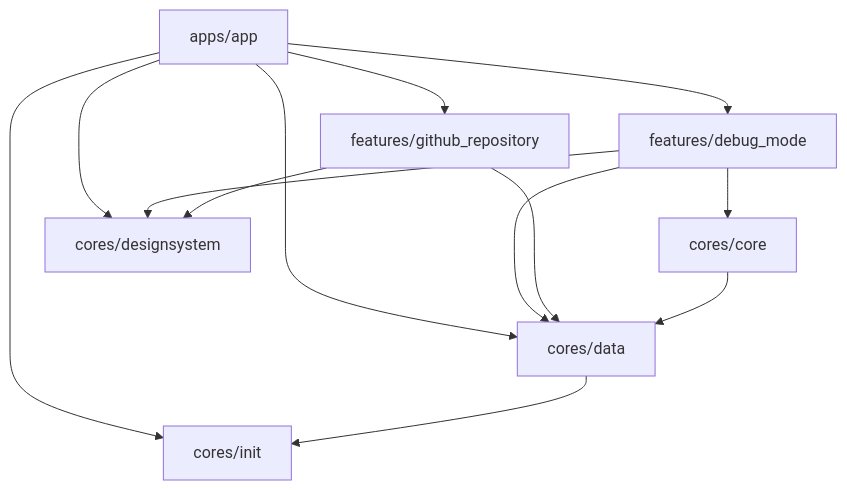
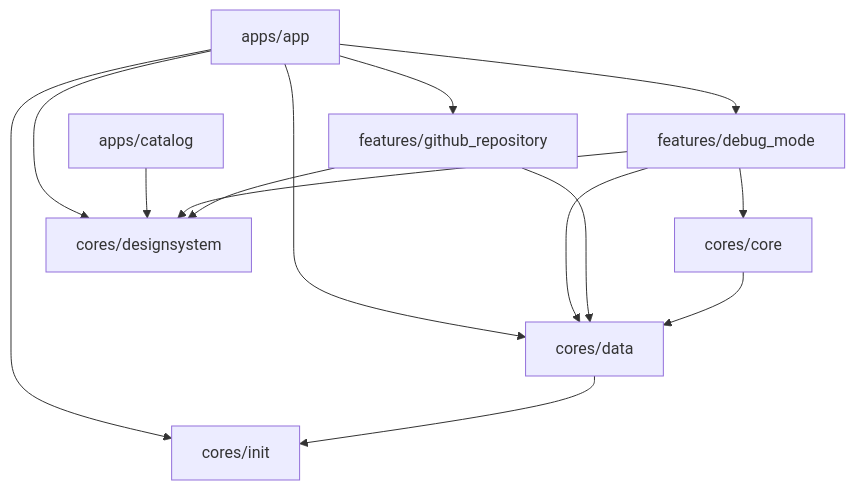
The diagram in docs/ARCHITECTURE.md (yumemi-inc/flutter-mobile-project-template), drawn with Mermaid before and after one commit.

Commit message:
docs: 不足していた apps/catalog の mermaid を追加

````diff
--- a/docs/ARCHITECTURE.md
+++ b/docs/ARCHITECTURE.md
@@ -23,16 +23,18 @@
 ```mermaid
 flowchart TB
     apps/app
+    apps/catalog
     cores/core
     cores/data
     cores/designsystem
     cores/init
     features/debug_mode
     features/github_repository
 
     apps/app --> cores/data & cores/designsystem & cores/init & features/debug_mode & features/github_repository
+    apps/catalog --> cores/designsystem
     features/debug_mode --> cores/core & cores/data & cores/designsystem
     features/github_repository --> cores/data & cores/designsystem
     cores/core --> cores/data
     cores/data --> cores/init
 ```
````
